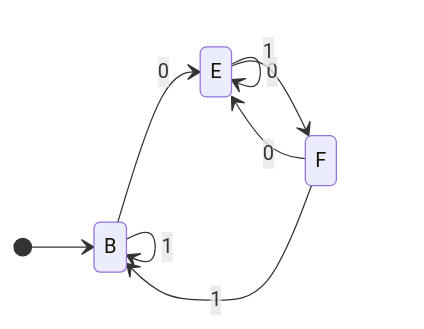
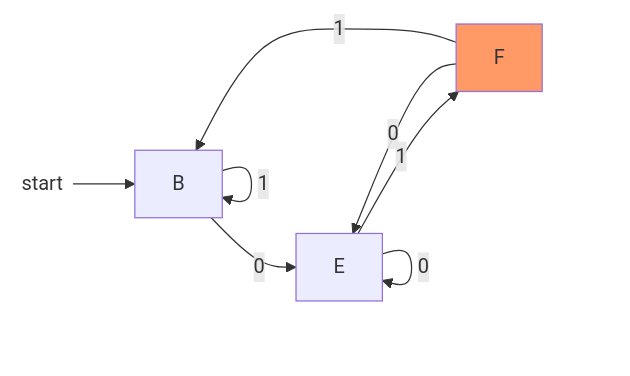
Before and after one commit to leaderli/obsidian: the ninth of 9 diagrams in md/自动机理论.md, drawn with Mermaid. The commit also changed other lines of this file and 5 other files, not shown here.

````diff
--- a/md/自动机理论.md
+++ b/md/自动机理论.md
@@ -340,12 +359,12 @@
 ```mermaid
-
-stateDiagram-v2
-direction LR
-[*]-->B
-B-->E:0
-B-->B:1
-E-->E:0
-E-->F:1
-F-->E:0
-F-->B:1
+graph LR
+  start((start ))-->B
+  B-- 1 -->B
+  B-- 0 -->E
+  E-- 0 -->E
+  E-- 1 -->F:::terminal
+  F-- 0 -->E
+  F-- 1 -->B
+  style start fill:#fff ,stroke:#fff;
+  classDef terminal fill:#f96;
 ```
````
